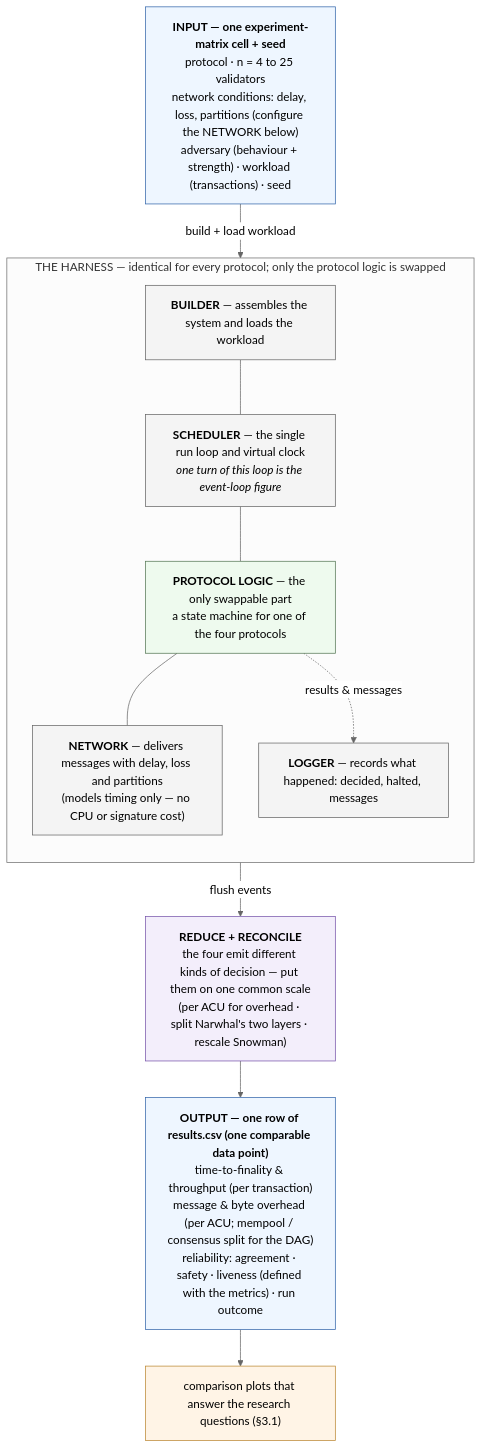
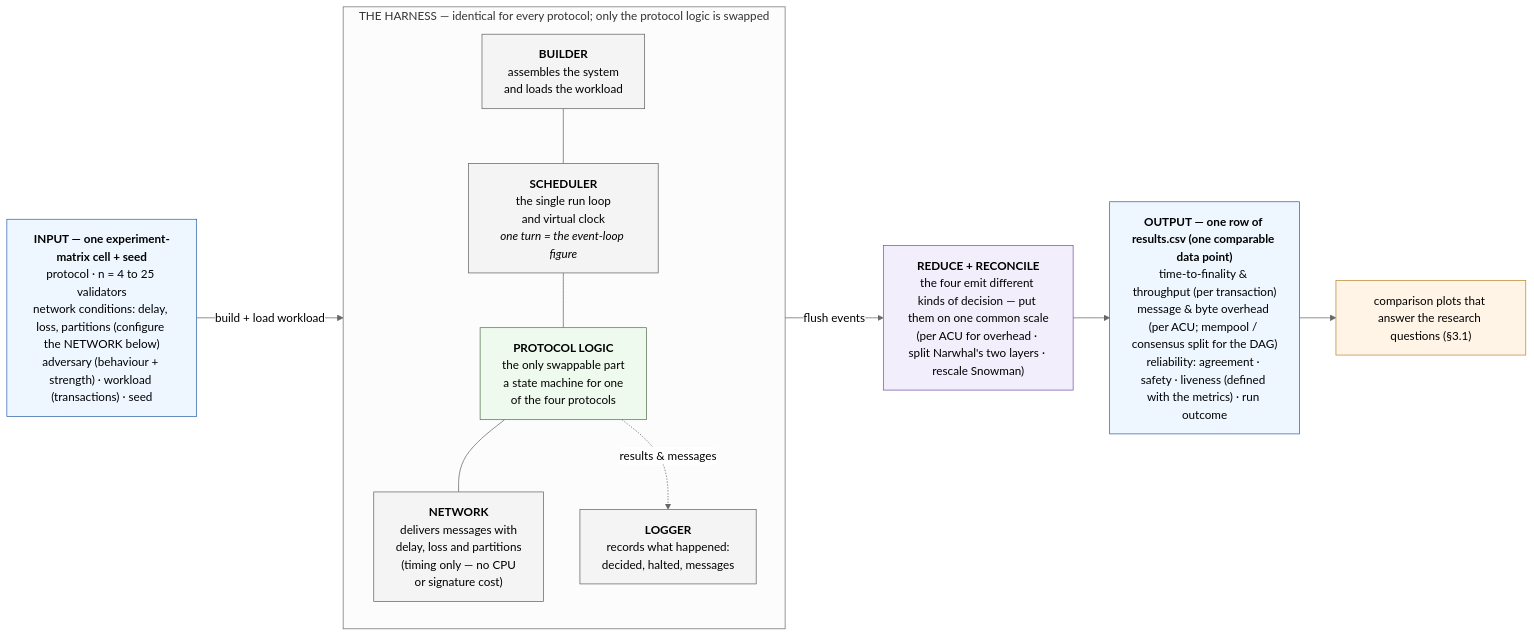
One commit to palhs/thesis changed the diagram in wiki/diagrams/runtime/architecture.md. Above: the diagram before and after it, drawn with Mermaid (neutral theme). The commit also changed other lines of this file and 11 other files, not shown here.

First line of the commit message:
wiki: relayout runtime-architecture to landscape + pdfFit diagram re-render

````diff
--- a/wiki/diagrams/runtime/architecture.md
+++ b/wiki/diagrams/runtime/architecture.md
@@ -21,37 +21,37 @@
 ```mermaid
-flowchart TD
+flowchart LR
     IN["<b>INPUT — one experiment-matrix cell + seed</b><br/>protocol · n = 4 to 25 validators<br/>network conditions: delay, loss, partitions (configure the NETWORK below)<br/>adversary (behaviour + strength) · workload (transactions) · seed"]
 
     subgraph HARNESS["THE HARNESS — identical for every protocol; only the protocol logic is swapped"]
         direction TB
-        HB["<b>BUILDER</b> — assembles the system and loads the workload"]
-        SCH["<b>SCHEDULER</b> — the single run loop and virtual clock<br/><i>one turn of this loop is the event-loop figure</i>"]
-        SLOT["<b>PROTOCOL LOGIC</b> — the only swappable part<br/>a state machine for one of the four protocols"]
-        NET["<b>NETWORK</b> — delivers messages with delay, loss and partitions<br/>(models timing only — no CPU or signature cost)"]
-        LOG["<b>LOGGER</b> — records what happened: decided, halted, messages"]
+        HB["<b>BUILDER</b><br/>assembles the system<br/>and loads the workload"]
+        SCH["<b>SCHEDULER</b><br/>the single run loop<br/>and virtual clock<br/><i>one turn = the event-loop figure</i>"]
+        SLOT["<b>PROTOCOL LOGIC</b><br/>the only swappable part<br/>a state machine for one<br/>of the four protocols"]
+        NET["<b>NETWORK</b><br/>delivers messages with<br/>delay, loss and partitions<br/>(timing only — no CPU<br/>or signature cost)"]
+        LOG["<b>LOGGER</b><br/>records what happened:<br/>decided, halted, messages"]
         HB --- SCH
         SCH --- SLOT
         SLOT --- NET
         SLOT -. "results &amp; messages" .-> LOG
     end
 
     RED["<b>REDUCE + RECONCILE</b><br/>the four emit different kinds of decision — put them on one common scale<br/>(per ACU for overhead · split Narwhal's two layers · rescale Snowman)"]
     OUT["<b>OUTPUT — one row of results.csv (one comparable data point)</b><br/>time-to-finality &amp; throughput (per transaction)<br/>message &amp; byte overhead (per ACU; mempool / consensus split for the DAG)<br/>reliability: agreement · safety · liveness (defined with the metrics) · run outcome"]
     RQ["comparison plots that answer the research questions (§3.1)"]
 
     IN -- "build + load workload" --> HARNESS
     HARNESS -- "flush events" --> RED
     RED --> OUT
     OUT --> RQ
 
     classDef io fill:#eef6ff,stroke:#3366aa,color:#000
     classDef eng fill:#f4f4f4,stroke:#666,color:#000
     classDef proto fill:#eefaee,stroke:#557755,color:#000
     classDef red fill:#f3eefb,stroke:#7755aa,color:#000
     classDef rq fill:#fff4e6,stroke:#bb8833,color:#000
     class IN,OUT io
     class RED red
     class RQ rq
     class HB,SCH,NET,LOG eng
     class SLOT proto
 ```
````
